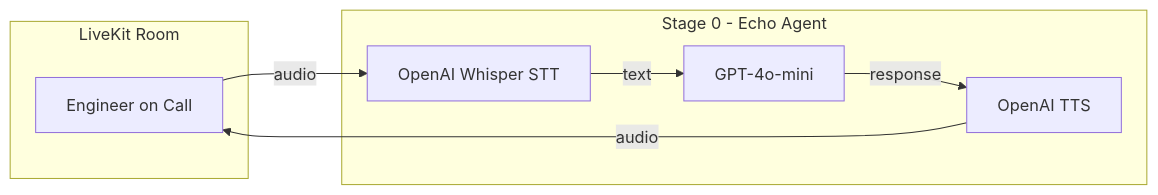
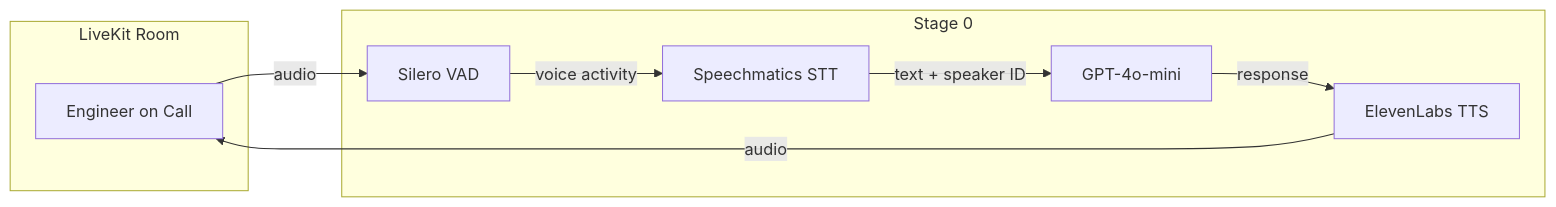
One commit to nishuastic/war-room-copilot changed the diagram in docs/architecture.md. Above: the diagram before and after it, drawn with Mermaid. The commit also changed other lines of this file and 7 other files, not shown here.

````diff
--- a/docs/architecture.md
+++ b/docs/architecture.md
@@ -7,17 +7,19 @@
 ```mermaid
 flowchart LR
     subgraph LiveKit Room
         User[Engineer on Call]
     end
 
-    subgraph Stage 0 - Echo Agent
-        STT[OpenAI Whisper STT]
+    subgraph Stage 0
+        VAD[Silero VAD]
+        STT[Speechmatics STT]
         LLM[GPT-4o-mini]
-        TTS[OpenAI TTS]
+        TTS[ElevenLabs TTS]
     end
 
-    User -- audio --> STT
-    STT -- text --> LLM
+    User -- audio --> VAD
+    VAD -- voice activity --> STT
+    STT -- text + speaker ID --> LLM
     LLM -- response --> TTS
     TTS -- audio --> User
 ```
````
